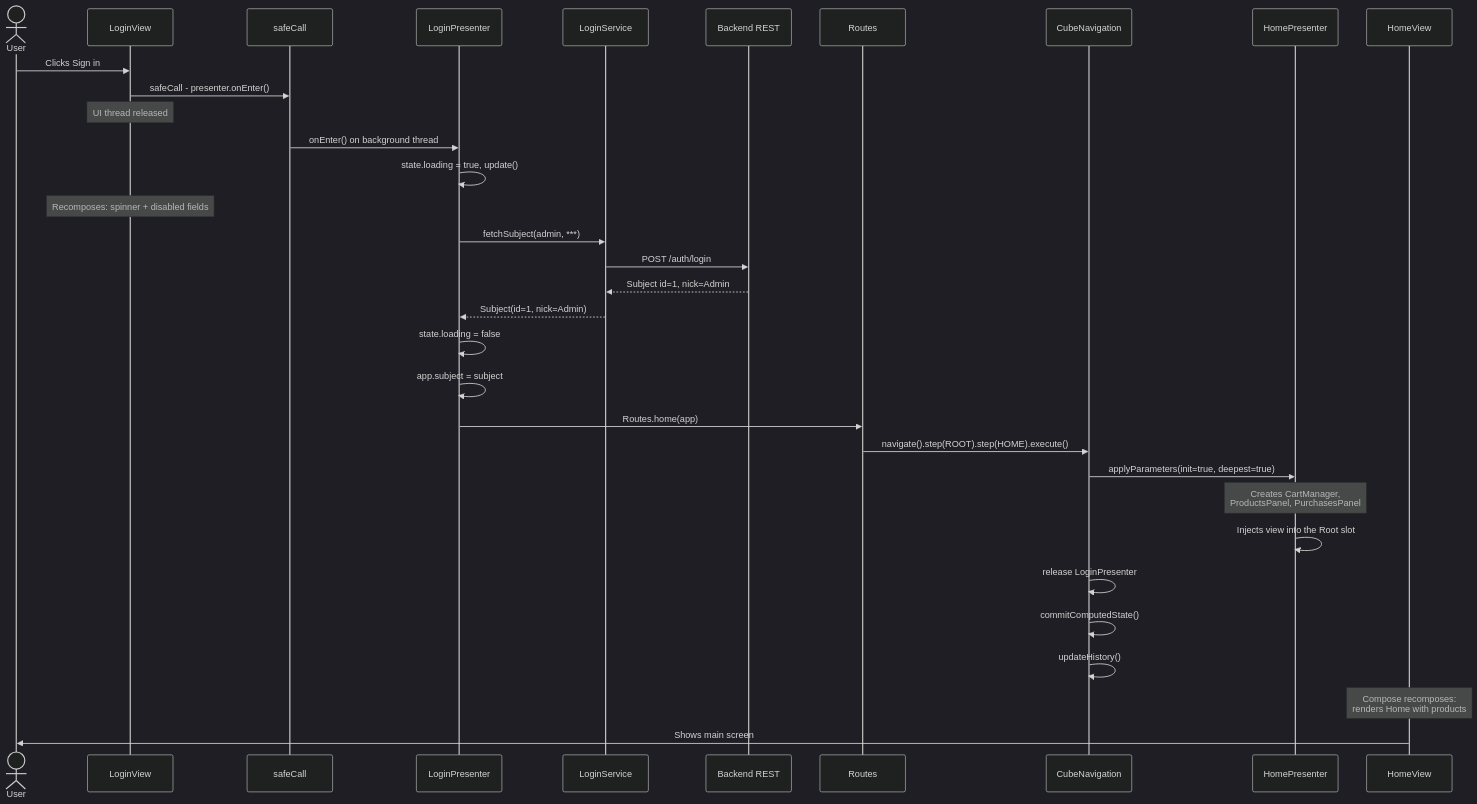
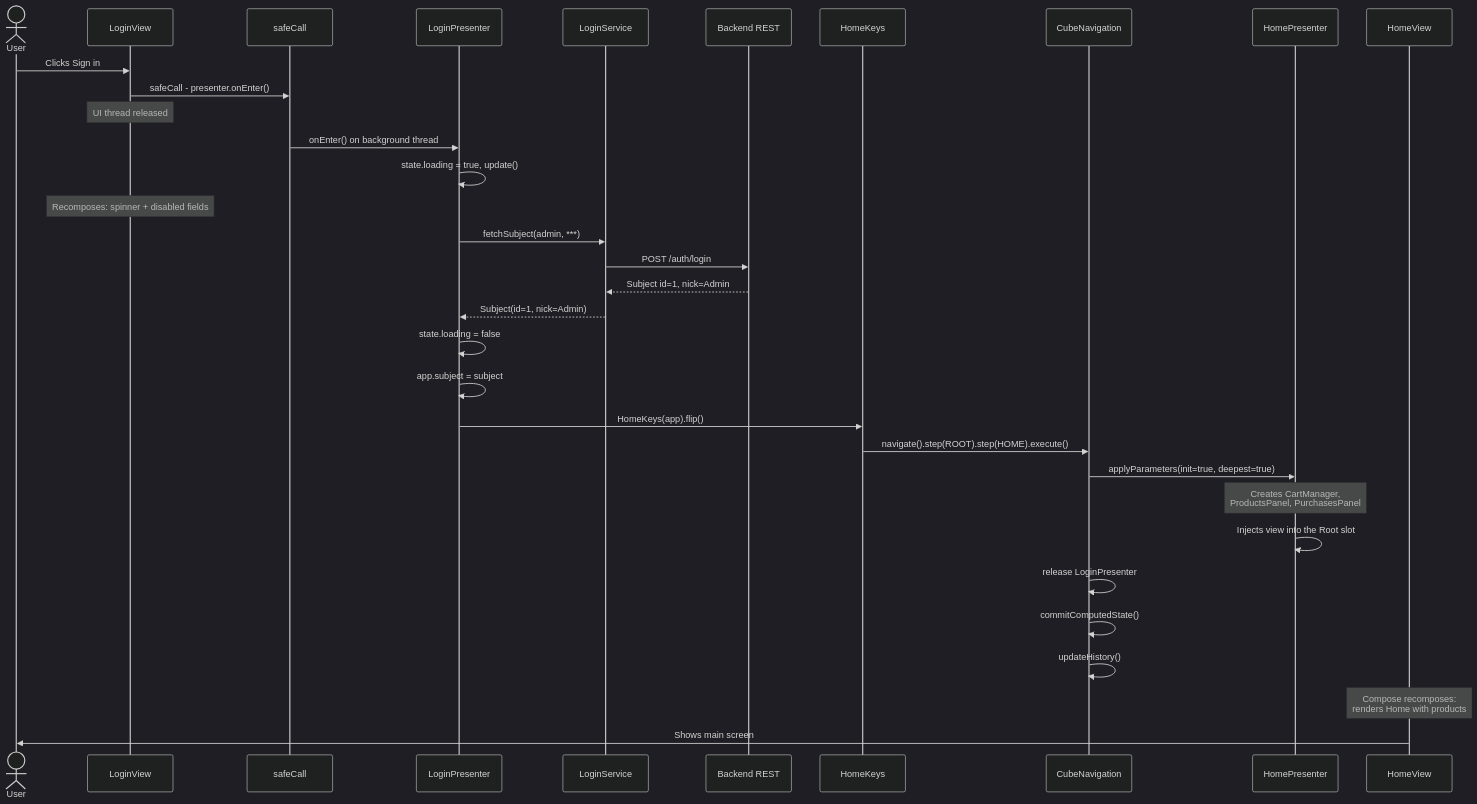
The tenth of 10 diagrams in docs/architecture.md (mrcdom/wdc-cube-kotlin), drawn with Mermaid (dark theme) before and after one commit. The commit also changed other lines of this file and 27 other files, not shown here.

````diff
--- a/docs/architecture.md
+++ b/docs/architecture.md
@@ -521,43 +521,43 @@
 ```mermaid
 sequenceDiagram
     actor User as User
     participant LV as LoginView
     participant SC as safeCall
     participant LP as LoginPresenter
     participant LS as LoginService
     participant API as Backend REST
-    participant Routes as Routes
+    participant Keys as HomeKeys
     participant Nav as CubeNavigation
     participant HP as HomePresenter
     participant HV as HomeView
 
     User->>LV: Clicks Sign in
     LV->>SC: safeCall - presenter.onEnter()
     Note over LV: UI thread released
 
     SC->>LP: onEnter() on background thread
     LP->>LP: state.loading = true, update()
     Note over LV: Recomposes: spinner + disabled fields
 
     LP->>LS: fetchSubject(admin, ***)
     LS->>API: POST /auth/login
     API-->>LS: Subject id=1, nick=Admin
     LS-->>LP: Subject(id=1, nick=Admin)
 
     LP->>LP: state.loading = false
     LP->>LP: app.subject = subject
 
-    LP->>Routes: Routes.home(app)
-    Routes->>Nav: navigate().step(ROOT).step(HOME).execute()
+    LP->>Keys: HomeKeys(app).flip()
+    Keys->>Nav: navigate().step(ROOT).step(HOME).execute()
 
     Nav->>HP: applyParameters(init=true, deepest=true)
     Note over HP: Creates CartManager,<br/>ProductsPanel, PurchasesPanel
     HP->>HP: Injects view into the Root slot
 
     Nav->>Nav: release LoginPresenter
     Nav->>Nav: commitComputedState()
     Nav->>Nav: updateHistory()
 
     Note over HV: Compose recomposes:<br/>renders Home with products
     HV->>User: Shows main screen
 ```
````
